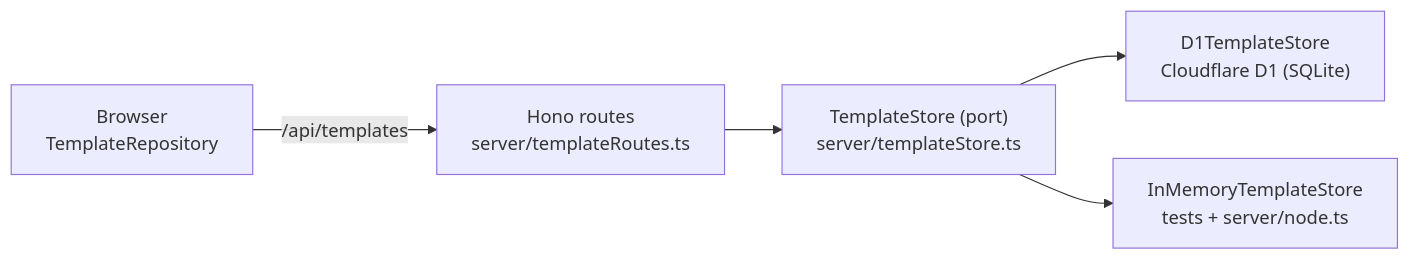
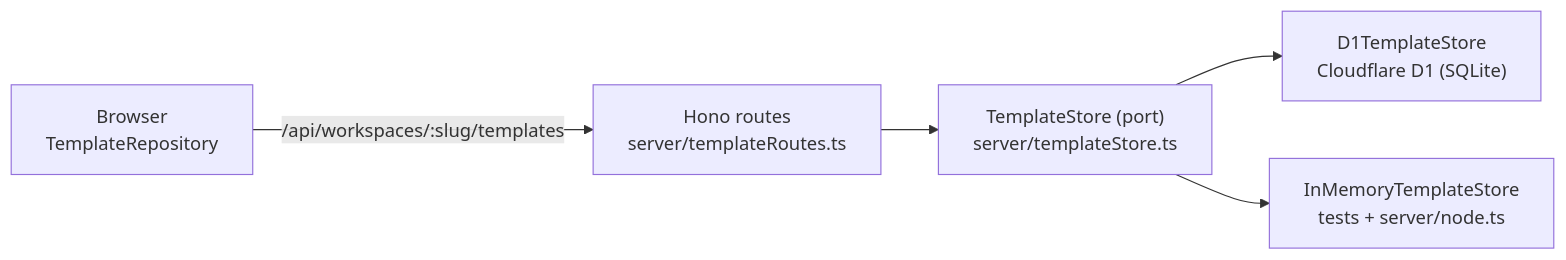
One commit to swarm-work/email-template-studio changed the eighth of 9 diagrams in docs/ARCHITECTURE.md. Above: the diagram before and after it, drawn with Mermaid. The commit also changed other lines of this file and 64 other files, not shown here.

````diff
--- a/docs/ARCHITECTURE.md
+++ b/docs/ARCHITECTURE.md
@@ -227,7 +260,7 @@
 ```mermaid
 flowchart LR
-  B["Browser<br/>TemplateRepository"] -->|"/api/templates"| H["Hono routes<br/>server/templateRoutes.ts"]
+  B["Browser<br/>TemplateRepository"] -->|"/api/workspaces/:slug/templates"| H["Hono routes<br/>server/templateRoutes.ts"]
   H --> S["TemplateStore (port)<br/>server/templateStore.ts"]
   S --> D1["D1TemplateStore<br/>Cloudflare D1 (SQLite)"]
   S --> M["InMemoryTemplateStore<br/>tests + server/node.ts"]
 ```
````
